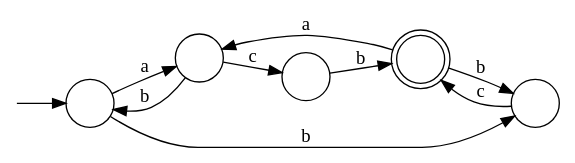
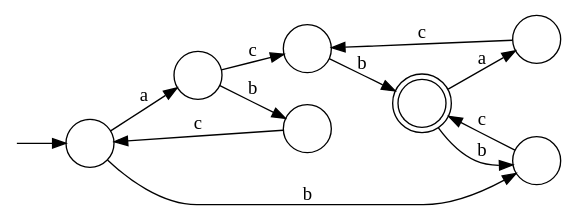
Before and after one commit to water-mizuu/finite_automata_conversion: the diagram in dfa_m.dot, drawn with Graphviz. The commit also changed 8 other files, not shown here.

```diff
--- a/dfa_m.dot
+++ b/dfa_m.dot
@@ -1,18 +1,22 @@
 digraph G {
   rankdir=LR;
   n__ [label="" shape=none width=.0];
   0 [shape=circle label=""];
   1 [shape=doublecircle label=""];
   2 [shape=circle label=""];
   3 [shape=circle label=""];
   4 [shape=circle label=""];
+  5 [shape=circle label=""];
+  6 [shape=circle label=""];
   n__ -> 0;
   0 -> 2 [label="a"];
   0 -> 3 [label="b"];
-  2 -> 0 [label="b"];
-  2 -> 4 [label="c"];
+  2 -> 4 [label="b"];
+  2 -> 5 [label="c"];
   3 -> 1 [label="c"];
-  4 -> 1 [label="b"];
-  1 -> 2 [label="a"];
+  4 -> 0 [label="c"];
+  5 -> 1 [label="b"];
+  1 -> 6 [label="a"];
   1 -> 3 [label="b"];
+  6 -> 5 [label="c"];
 }
```
